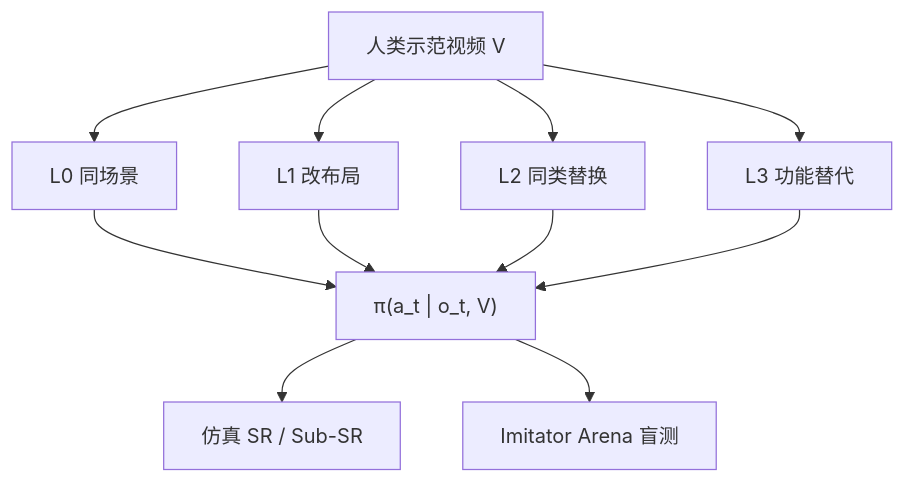
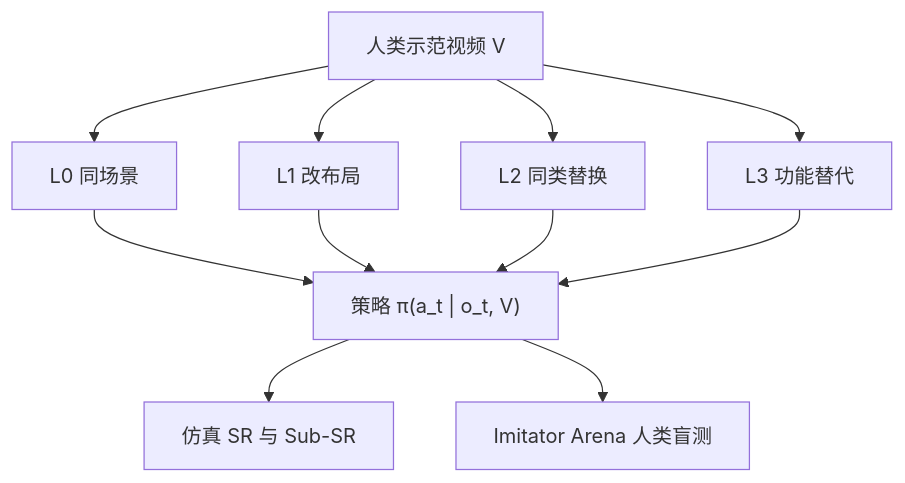
Before and after one commit to ImChong/Robotics_Notebooks: the first of 2 diagrams in wiki/entities/paper-imitator-game.md, drawn with Mermaid. The commit also changed other lines of this file and 196 other files, not shown here.

````diff
--- a/wiki/entities/paper-imitator-game.md
+++ b/wiki/entities/paper-imitator-game.md
@@ -88,14 +88,14 @@
 ```mermaid
 flowchart TB
   V[人类示范视频 V]
   V --> L0[L0 同场景]
   V --> L1[L1 改布局]
   V --> L2[L2 同类替换]
   V --> L3[L3 功能替代]
-  L0 --> Policy["π(a_t | o_t, V)"]
+  L0 --> Policy["策略 π(a_t | o_t, V)"]
   L1 --> Policy
   L2 --> Policy
   L3 --> Policy
-  Policy --> Auto[仿真 SR / Sub-SR]
-  Policy --> Arena[Imitator Arena 盲测]
+  Policy --> Auto[仿真 SR 与 Sub-SR]
+  Policy --> Arena[Imitator Arena 人类盲测]
 ```
````
